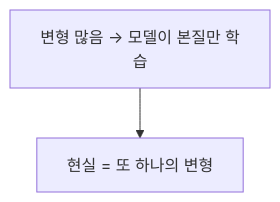
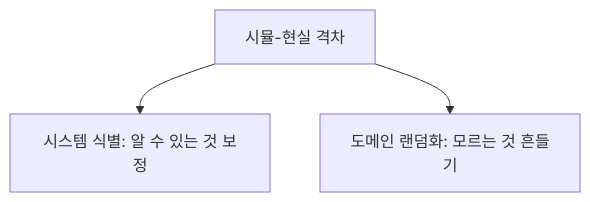
One commit to wjdgks7178/ai-mindmap changed the second of 2 diagrams in articles/domain-randomization.md. Above: the diagram before and after it, drawn with Mermaid. The commit also changed other lines of this file and 2 other files, not shown here.

````diff
--- a/articles/domain-randomization.md
+++ b/articles/domain-randomization.md
@@ -23,4 +23,5 @@
 ```mermaid
 flowchart TD
-  A["변형 많음 → 모델이 본질만 학습"] --> B["현실 = 또 하나의 변형"]
+  G["시뮬-현실 격차"] --> a["시스템 식별: 알 수 있는 것 보정"]
+  G --> b["도메인 랜덤화: 모르는 것 흔들기"]
 ```
````
